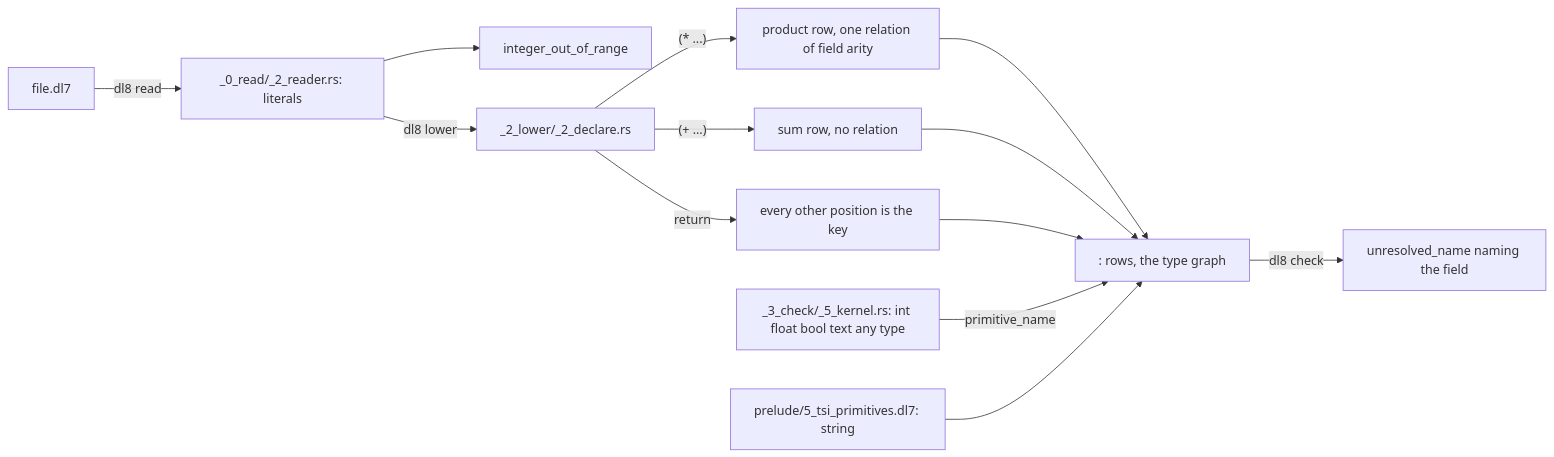
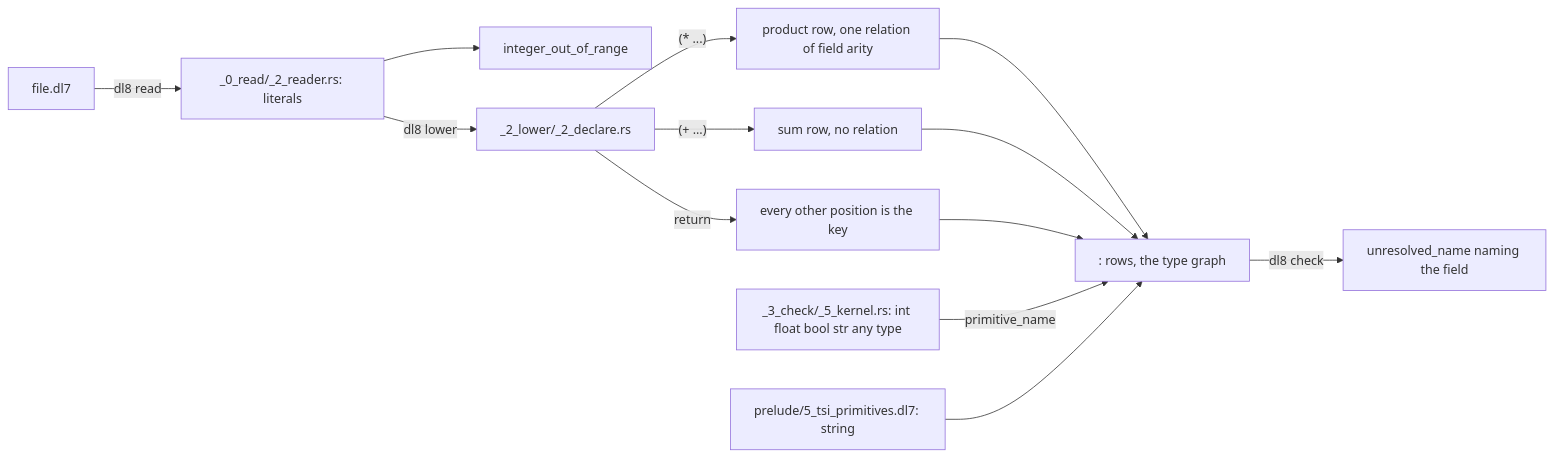
Before and after one commit to hafley66/sprefa: the diagram in book/src/2_declare.md, drawn with Mermaid. The commit also changed other lines of this file and 13 other files, not shown here.

First line of the commit message:
rename: str primitive, book prose/tables/console output

````diff
--- a/book/src/2_declare.md
+++ b/book/src/2_declare.md
@@ -5,15 +5,15 @@
 ```mermaid
 flowchart LR
   dl7[file.dl7] -->|dl8 read| reader[_0_read/_2_reader.rs: literals]
   reader --> range[integer_out_of_range]
   reader -->|dl8 lower| declare[_2_lower/_2_declare.rs]
   declare -->|"(* ...)"| product[product row, one relation of field arity]
   declare -->|"(+ ...)"| sum[sum row, no relation]
   declare -->|return| key[every other position is the key]
   product --> colon[: rows, the type graph]
   sum --> colon
   key --> colon
-  prim[_3_check/_5_kernel.rs: int float bool text any type] -->|primitive_name| colon
+  prim[_3_check/_5_kernel.rs: int float bool str any type] -->|primitive_name| colon
   prelude[prelude/5_tsi_primitives.dl7: string] --> colon
   colon -->|dl8 check| unresolved[unresolved_name naming the field]
 ```
````
